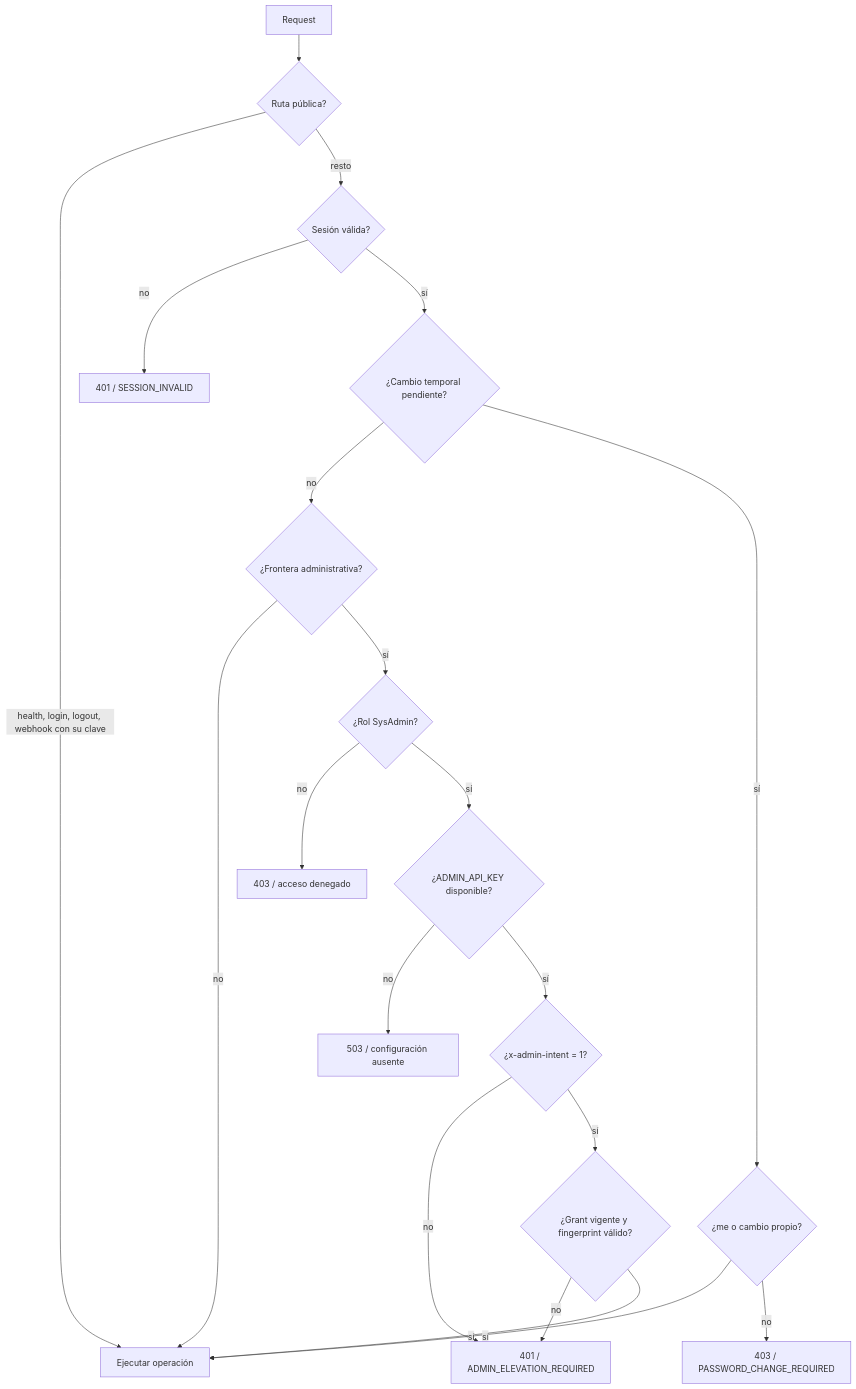
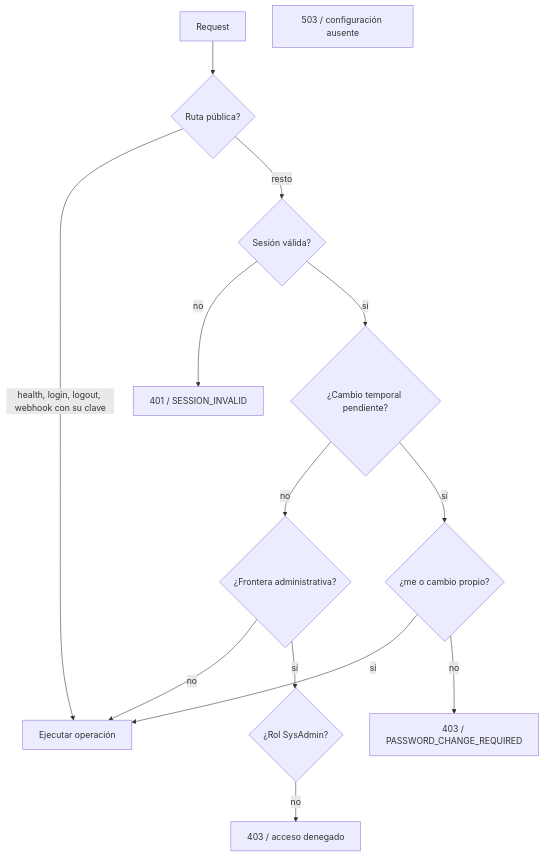
Before and after one commit to marianoLaclau/ticketsAdmin: the ninth of 12 diagrams in docs/ARQUITECTURA.MD, drawn with Mermaid. The commit also changed other lines of this file and 11 other files, not shown here.

````diff
--- a/docs/ARQUITECTURA.MD
+++ b/docs/ARQUITECTURA.MD
@@ -386,39 +383,28 @@
 ```mermaid
 flowchart TD
     request[Request]
     public{Ruta pública?}
     session{Sesión válida?}
     password{¿Cambio temporal pendiente?}
     authOnly{¿me o cambio propio?}
     sensitive{¿Frontera administrativa?}
     sysadmin{¿Rol SysAdmin?}
-    configured{¿ADMIN_API_KEY disponible?}
-    intent{¿x-admin-intent = 1?}
-    grant{¿Grant vigente y fingerprint válido?}
     allow[Ejecutar operación]
     reject401[401 / SESSION_INVALID]
-    rejectElevation[401 / ADMIN_ELEVATION_REQUIRED]
     reject403[403 / acceso denegado]
     rejectPassword[403 / PASSWORD_CHANGE_REQUIRED]
     reject503[503 / configuración ausente]
 
     request --> public
     public -->|health, login, logout, webhook con su clave| allow
     public -->|resto| session
     session -->|no| reject401
     session -->|sí| password
     password -->|no| sensitive
     password -->|sí| authOnly
     authOnly -->|sí| allow
     authOnly -->|no| rejectPassword
     sensitive -->|no| allow
     sensitive -->|sí| sysadmin
     sysadmin -->|no| reject403
-    sysadmin -->|sí| configured
-    configured -->|no| reject503
-    configured -->|sí| intent
-    intent -->|no| rejectElevation
-    intent -->|sí| grant
-    grant -->|no| rejectElevation
-    grant -->|sí| allow
 ```
````
